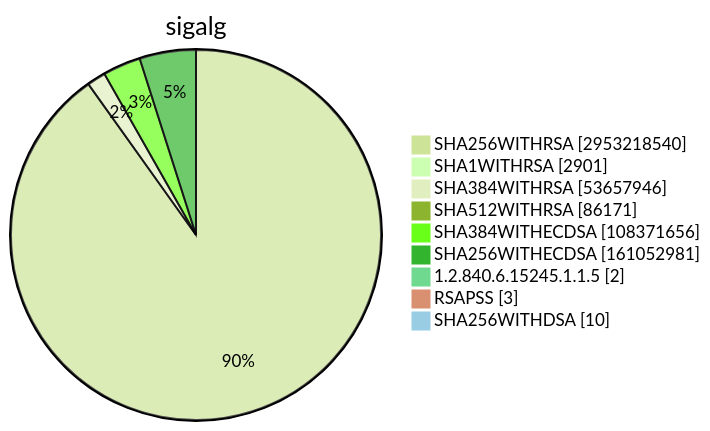
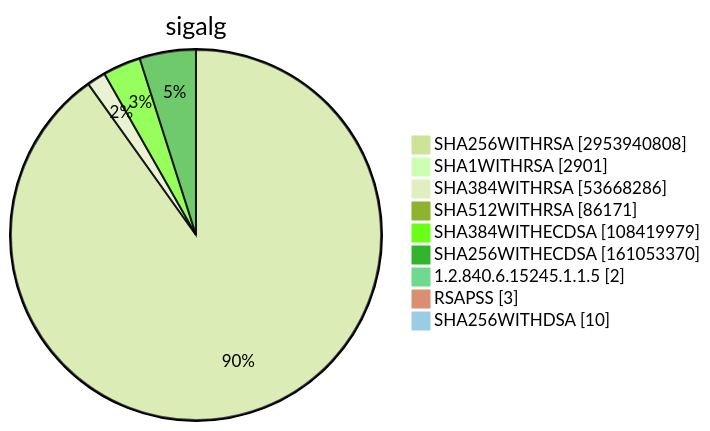
Diagram 15 of 15 in TOTAL/README.md (christiankrug/ctmonitor_visualization), drawn with Mermaid (forest theme) before and after one commit. The commit also changed other lines of this file, not shown here.

````diff
--- a/TOTAL/README.md
+++ b/TOTAL/README.md
@@ -6207,13 +6207,13 @@
 ```mermaid
 pie showData
 title sigalg
-"SHA256WITHRSA" :2953218540
+"SHA256WITHRSA" :2953940808
 "SHA1WITHRSA" :2901
-"SHA384WITHRSA" :53657946
+"SHA384WITHRSA" :53668286
 "SHA512WITHRSA" :86171
-"SHA384WITHECDSA" :108371656
-"SHA256WITHECDSA" :161052981
+"SHA384WITHECDSA" :108419979
+"SHA256WITHECDSA" :161053370
 "1.2.840.6.15245.1.1.5" :2
 "RSAPSS" :3
 "SHA256WITHDSA" :10
 ```
````
